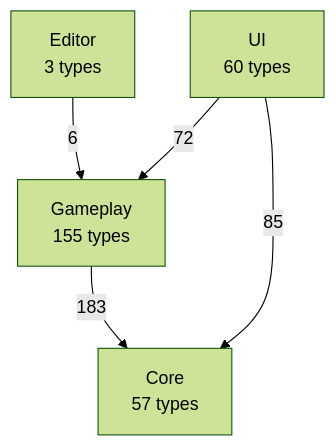
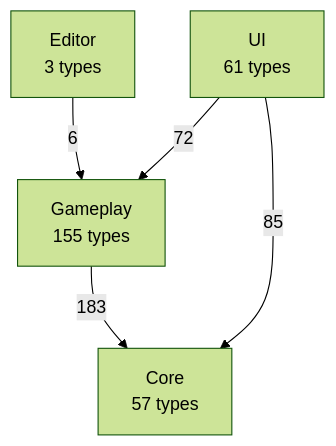
Before and after one commit to PhumipatWave/project-ocean: the first of 2 diagrams in docs/uml/00-overview.md, drawn with Mermaid (forest theme). The commit also changed other lines of this file and 77 other files, not shown here.

````diff
--- a/docs/uml/00-overview.md
+++ b/docs/uml/00-overview.md
@@ -11,11 +11,11 @@
 ```mermaid
 flowchart TB
   Editor["Editor<br/>3 types"]
-  UI["UI<br/>60 types"]
+  UI["UI<br/>61 types"]
   Gameplay["Gameplay<br/>155 types"]
   Core["Core<br/>57 types"]
   Editor -->|6| Gameplay
   Gameplay -->|183| Core
   UI -->|85| Core
   UI -->|72| Gameplay
 ```
````
